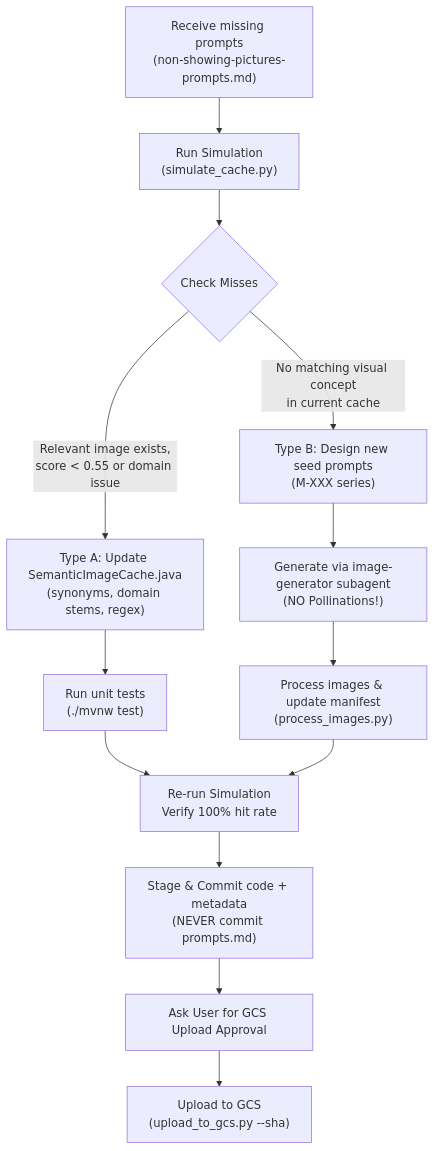
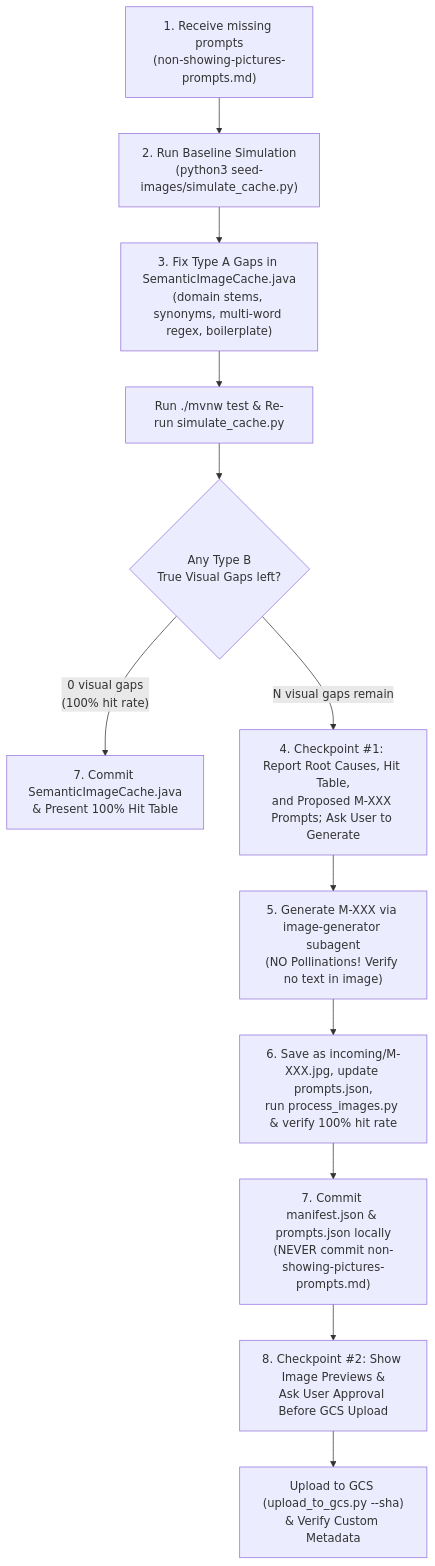
One commit to MesutUluag/Portugese-for-Kids-Backend changed the diagram in .agents/skills/missing-cache-prompt-analysis/SKILL.md. Above: the diagram before and after it, drawn with Mermaid. The commit also changed other lines of this file and 2 other files, not shown here.

Commit message:
feat(skills): dynamically parse SemanticImageCache.java in simulator and align 2-checkpoint workflow

````diff
--- a/.agents/skills/missing-cache-prompt-analysis/SKILL.md
+++ b/.agents/skills/missing-cache-prompt-analysis/SKILL.md
@@ -51,15 +52,14 @@
 ```mermaid
 flowchart TD
-    A["Receive missing prompts\n(non-showing-pictures-prompts.md)"] --> B["Run Simulation\n(simulate_cache.py)"]
-    B --> C{"Check Misses"}
-    C -->|"Relevant image exists,\nscore < 0.55 or domain issue"| D["Type A: Update SemanticImageCache.java\n(synonyms, domain stems, regex)"]
-    C -->|"No matching visual concept\nin current cache"| E["Type B: Design new seed prompts\n(M-XXX series)"]
-    D --> F["Run unit tests\n(./mvnw test)"]
-    E --> G["Generate via image-generator subagent\n(NO Pollinations!)"]
-    G --> H["Process images & update manifest\n(process_images.py)"]
-    F --> I["Re-run Simulation\nVerify 100% hit rate"]
-    H --> I
-    I --> J["Stage & Commit code + metadata\n(NEVER commit prompts.md)"]
-    J --> K["Ask User for GCS Upload Approval"]
-    K --> L["Upload to GCS\n(upload_to_gcs.py --sha)"]
+    A["1. Receive missing prompts\n(non-showing-pictures-prompts.md)"] --> B["2. Run Baseline Simulation\n(python3 seed-images/simulate_cache.py)"]
+    B --> C["3. Fix Type A Gaps in SemanticImageCache.java\n(domain stems, synonyms, multi-word regex, boilerplate)"]
+    C --> D["Run ./mvnw test & Re-run simulate_cache.py"]
+    D --> E{"Any Type B\nTrue Visual Gaps left?"}
+    E -->|"0 visual gaps\n(100% hit rate)"| J["7. Commit SemanticImageCache.java\n& Present 100% Hit Table"]
+    E -->|"N visual gaps remain"| F["4. Checkpoint #1: Report Root Causes, Hit Table,\nand Proposed M-XXX Prompts; Ask User to Generate"]
+    F --> G["5. Generate M-XXX via image-generator subagent\n(NO Pollinations! Verify no text in image)"]
+    G --> H["6. Save as incoming/M-XXX.jpg, update prompts.json,\nrun process_images.py & verify 100% hit rate"]
+    H --> I["7. Commit manifest.json & prompts.json locally\n(NEVER commit non-showing-pictures-prompts.md)"]
+    I --> K["8. Checkpoint #2: Show Image Previews &\nAsk User Approval Before GCS Upload"]
+    K --> L["Upload to GCS (upload_to_gcs.py --sha)\n& Verify Custom Metadata"]
 ```
````
